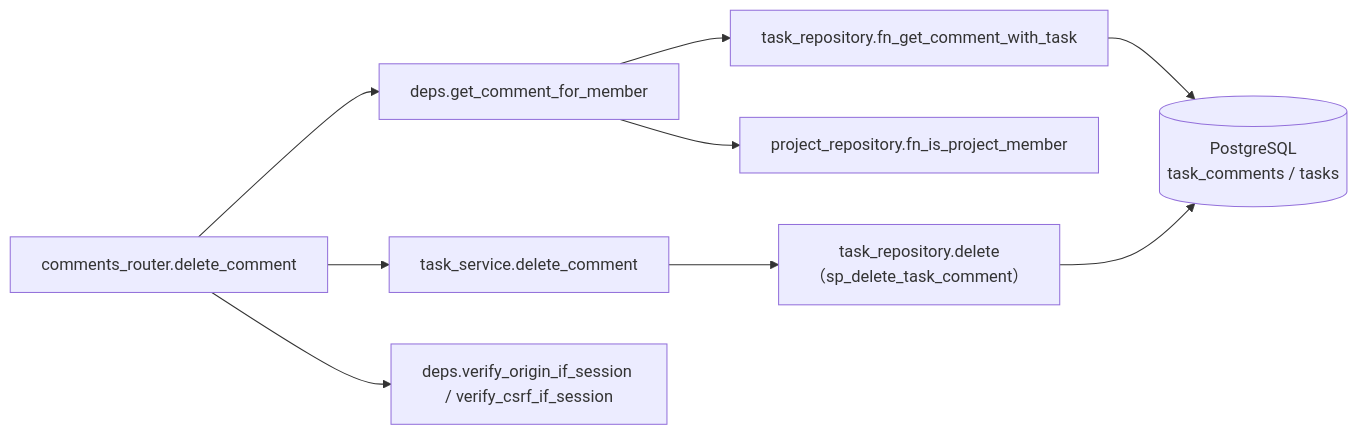
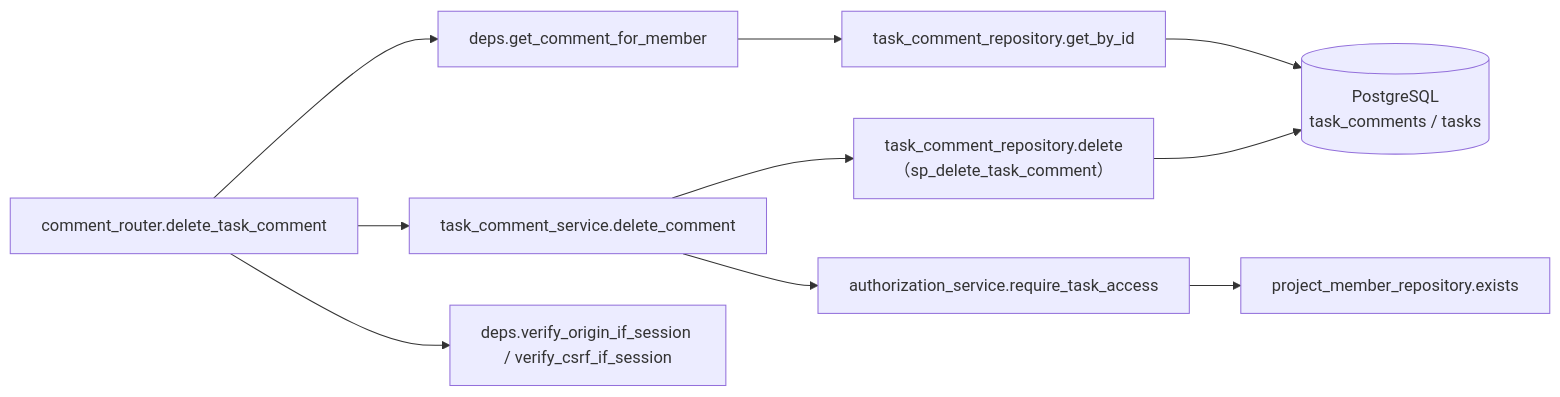
Before and after one commit to oikawa-d/task_management: the third of 4 diagrams in docs/detailed_design/api/tasks/09_delete_comment.md, drawn with Mermaid. The commit also changed other lines of this file and 8 other files, not shown here.

````diff
--- a/docs/detailed_design/api/tasks/09_delete_comment.md
+++ b/docs/detailed_design/api/tasks/09_delete_comment.md
@@ -171,11 +184,12 @@
 ```mermaid
 flowchart LR
-    R["comments_router.delete_comment"] --> D["deps.get_comment_for_member"]
-    R --> S["task_service.delete_comment"]
-    D --> TR1["task_repository.fn_get_comment_with_task"]
-    D --> PR["project_repository.fn_is_project_member"]
-    S --> TR2["task_repository.delete<br/>（sp_delete_task_comment）"]
+    R["comment_router.delete_task_comment"] --> D["deps.get_comment_for_member"]
+    R --> S["task_comment_service.delete_comment"]
+    D --> TR1["task_comment_repository.get_by_id"]
+    S --> A["authorization_service.require_task_access"]
+    A --> PR["project_member_repository.exists"]
+    S --> TR2["task_comment_repository.delete<br/>（sp_delete_task_comment）"]
     TR1 --> DB[("PostgreSQL<br/>task_comments / tasks")]
     TR2 --> DB
     R --> V["deps.verify_origin_if_session / verify_csrf_if_session"]
 ```
````
